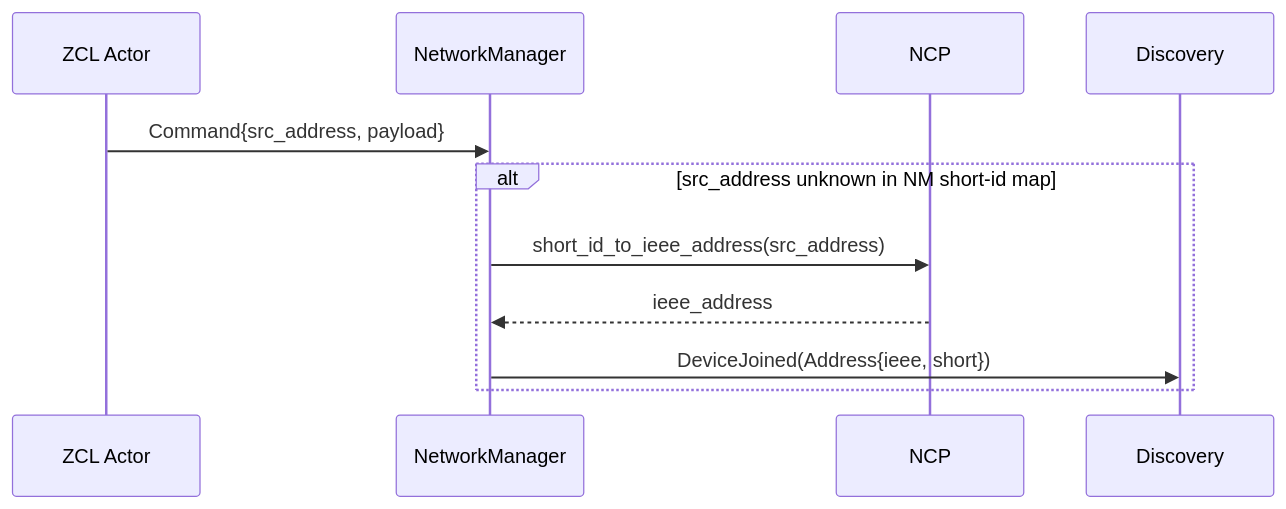
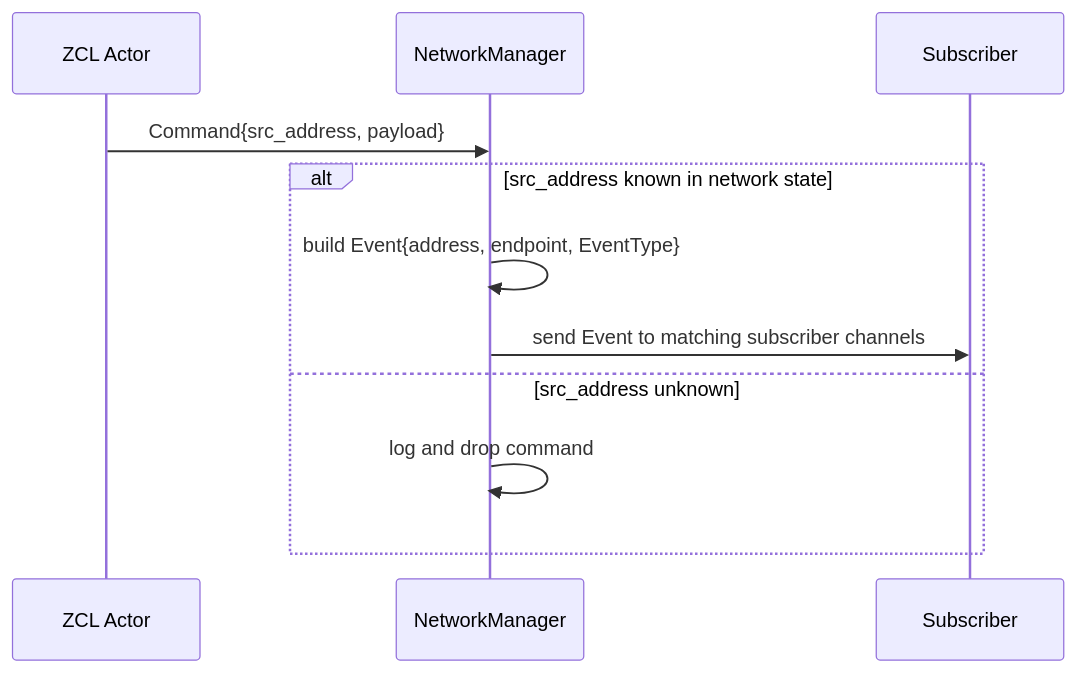
Before and after one commit to PaulmannLighting/apis-saltans: the sixth of 6 diagrams in apis-saltans-coordinator/ARCHITECTURE.md, drawn with Mermaid. The commit also changed other lines of this file and 4 other files, not shown here.

````diff
--- a/apis-saltans-coordinator/ARCHITECTURE.md
+++ b/apis-saltans-coordinator/ARCHITECTURE.md
@@ -321,14 +331,14 @@
 ```mermaid
 sequenceDiagram
     participant ZCL as ZCL Actor
     participant NM as NetworkManager
-    participant HW as NCP
-    participant D as Discovery
+    participant API as Subscriber
 
     ZCL->>NM: Command{src_address, payload}
-    alt src_address unknown in NM short-id map
-        NM->>HW: short_id_to_ieee_address(src_address)
-        HW-->>NM: ieee_address
-        NM->>D: DeviceJoined(Address{ieee, short})
+    alt src_address known in network state
+        NM->>NM: build Event{address, endpoint, EventType}
+        NM->>API: send Event to matching subscriber channels
+    else src_address unknown
+        NM->>NM: log and drop command
     end
 ```
````
